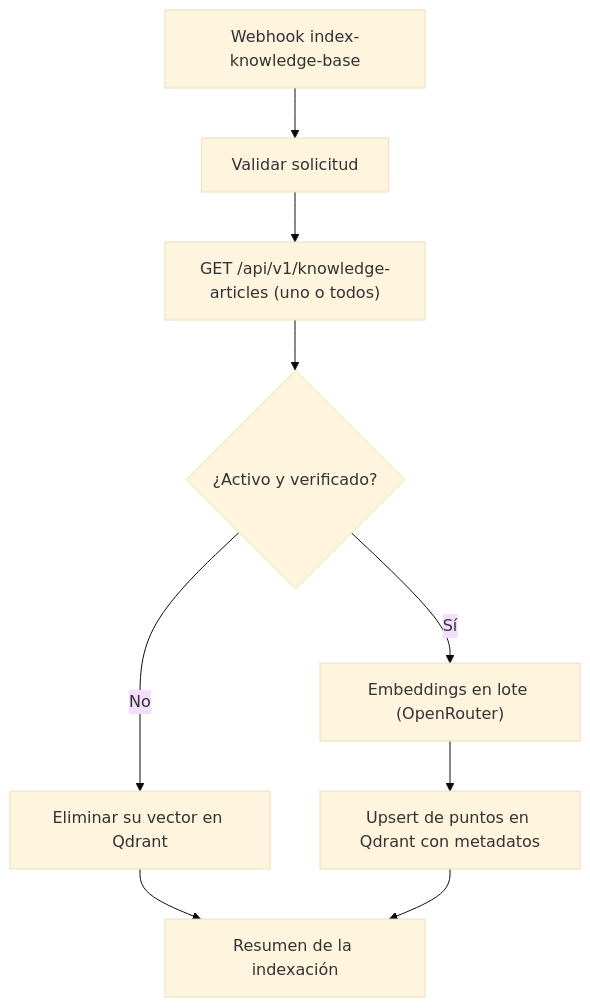
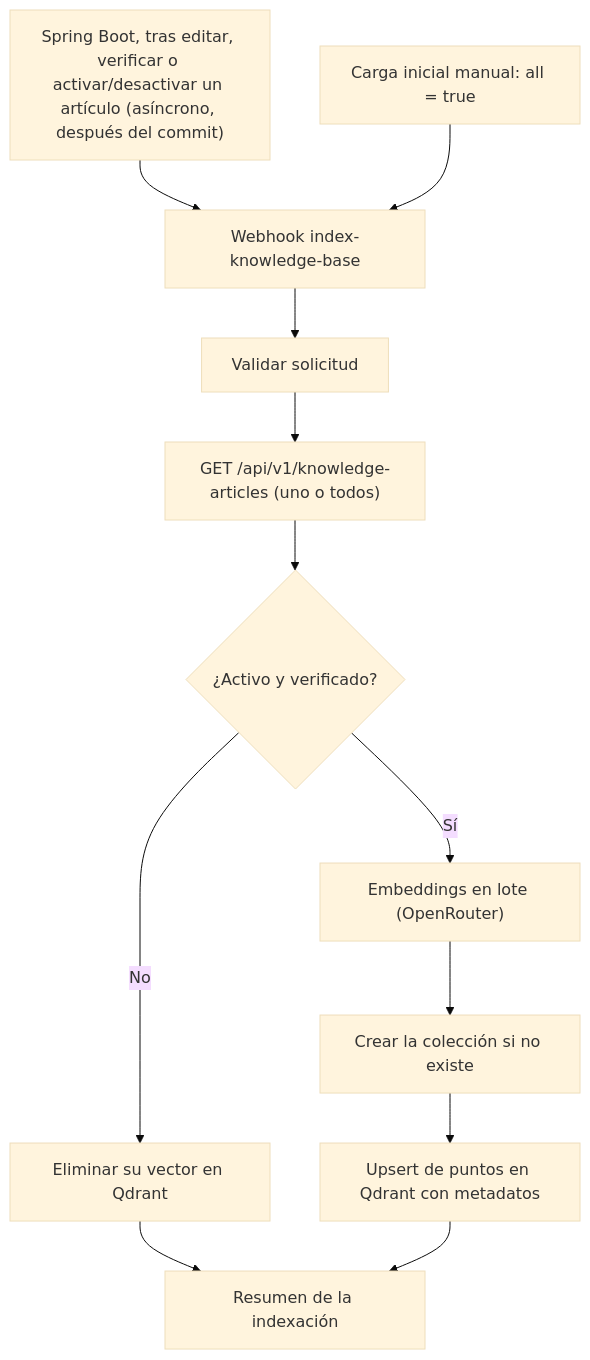
The fourth of 4 diagrams in docs/diagramas/README.md (velascodazasergio-png/Sistema-inteligente-IA2), drawn with Mermaid (base theme) before and after one commit. The commit also changed 4 other files, not shown here.

````diff
--- a/docs/diagramas/README.md
+++ b/docs/diagramas/README.md
@@ -181,11 +181,14 @@
 ```mermaid
 flowchart TD
+    S["Spring Boot, tras editar, verificar o activar/desactivar un artículo (asíncrono, después del commit)"] --> A
+    M["Carga inicial manual: all = true"] --> A
     A[Webhook index-knowledge-base] --> B[Validar solicitud]
     B --> C["GET /api/v1/knowledge-articles (uno o todos)"]
     C --> D{¿Activo y verificado?}
     D -- No --> E[Eliminar su vector en Qdrant]
     D -- Sí --> F["Embeddings en lote (OpenRouter)"]
-    F --> G[Upsert de puntos en Qdrant con metadatos]
+    F --> Q[Crear la colección si no existe]
+    Q --> G[Upsert de puntos en Qdrant con metadatos]
     E --> H[Resumen de la indexación]
     G --> H
 ```
````
